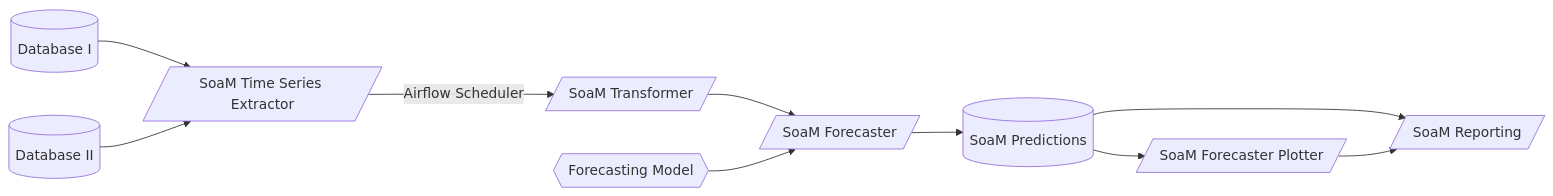
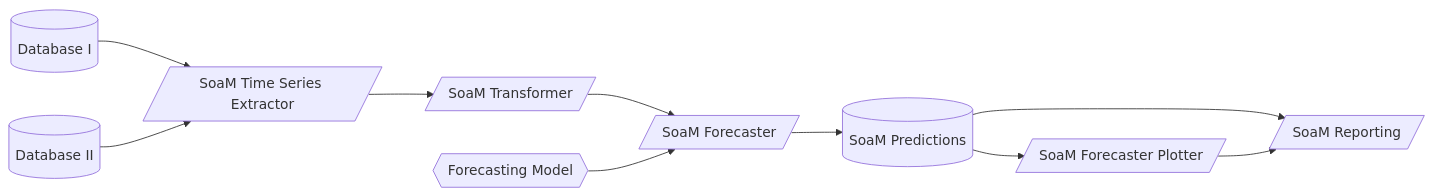
Before and after one commit to MuttData/soam: the diagram in soam/end2end.md, drawn with Mermaid. The commit also changed other lines of this file, not shown here.

Commit message:
mermaid test

````diff
--- a/soam/end2end.md
+++ b/soam/end2end.md
@@ -13,12 +3,12 @@
 ```mermaid
 graph LR;
   id0[(Database I)]-->id2[/SoaM Time Series Extractor/];
   id1[(Database II)]-->id2;
-  id2-- Airflow Scheduler -->id3[/SoaM Transformer/];
+  id2-->id3[/SoaM Transformer/];
   id3-->id4[/SoaM Forecaster/];
   id5{{Forecasting Model}}-->id4;
   id4-->id6[(SoaM Predictions)];
   id6-->id7[/SoaM Forecaster Plotter/];
   id6-->id8[/SoaM Reporting/];
   id7-->id8;
 ```
````
